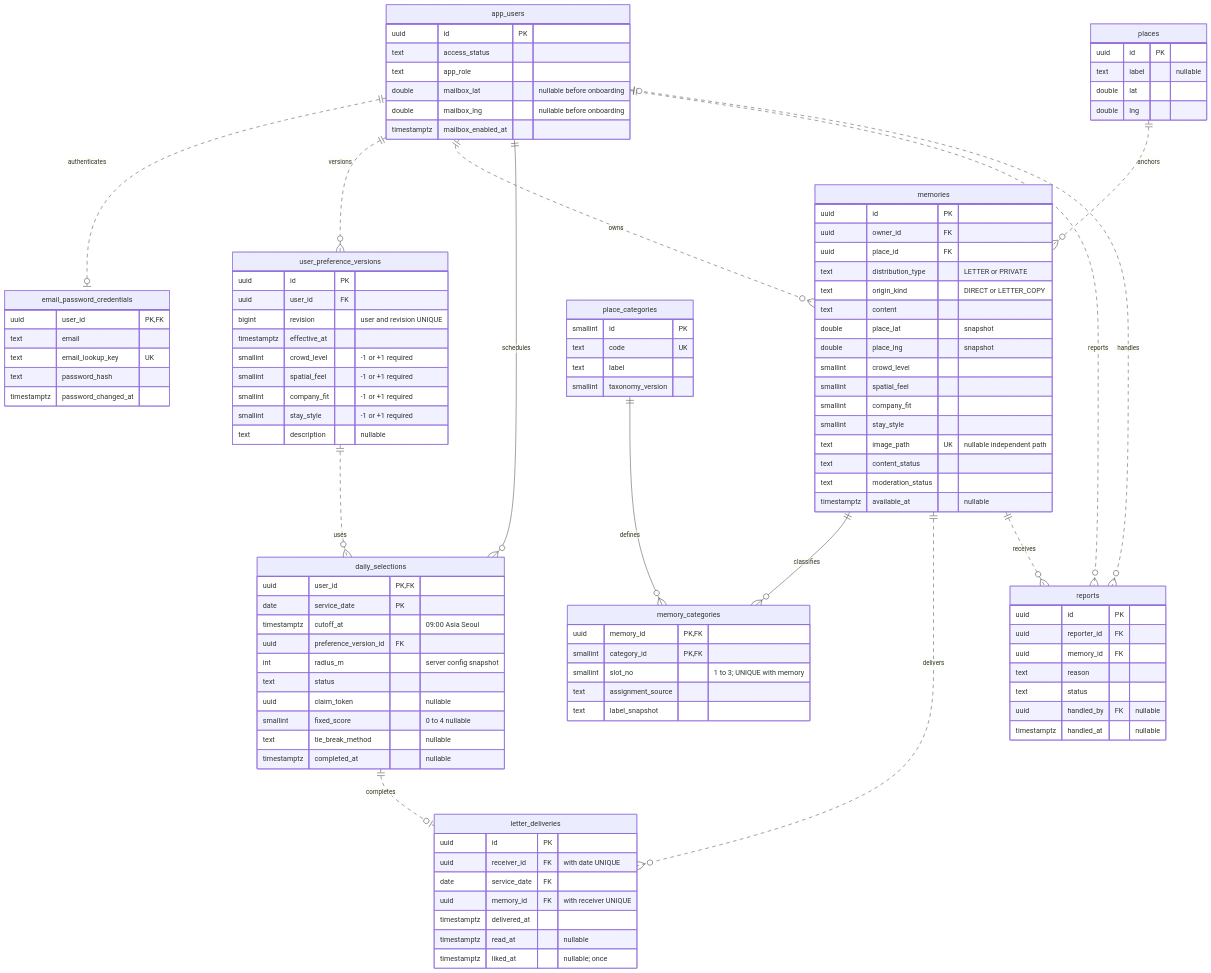
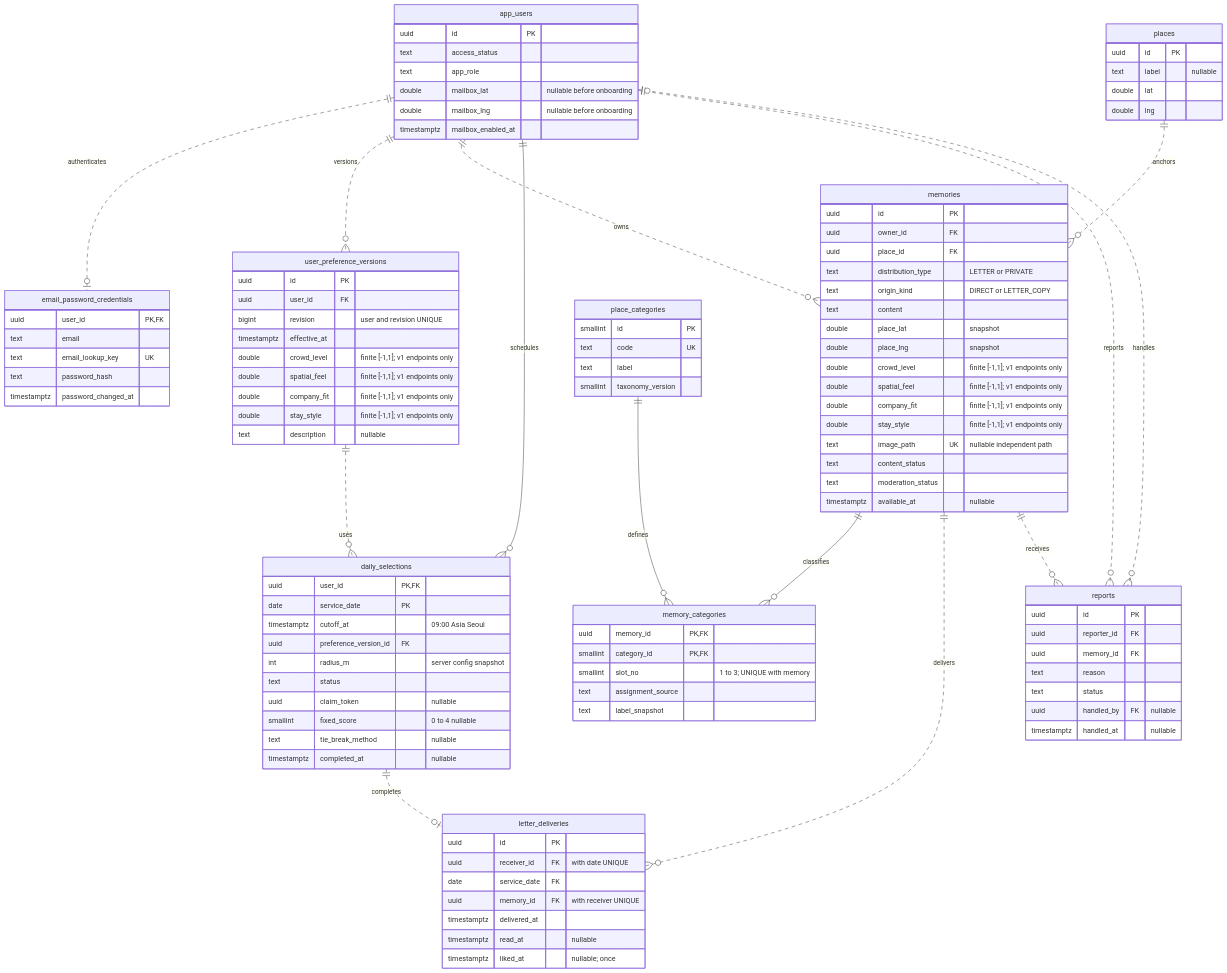
Before and after one commit to KOSSCCHTHON-Team4/Backend: the diagram in docs/ERD.md, drawn with Mermaid. The commit also changed other lines of this file and 45 other files, not shown here.

```diff
--- a/docs/ERD.md
+++ b/docs/ERD.md
@@ -100,10 +100,10 @@
         uuid user_id FK
         bigint revision "user and revision UNIQUE"
         timestamptz effective_at
-        smallint crowd_level "-1 or +1 required"
-        smallint spatial_feel "-1 or +1 required"
-        smallint company_fit "-1 or +1 required"
-        smallint stay_style "-1 or +1 required"
+        double crowd_level "finite [-1,1]; v1 endpoints only"
+        double spatial_feel "finite [-1,1]; v1 endpoints only"
+        double company_fit "finite [-1,1]; v1 endpoints only"
+        double stay_style "finite [-1,1]; v1 endpoints only"
         text description "nullable"
     }
     places {
@@ -121,10 +121,10 @@
         text content
         double place_lat "snapshot"
         double place_lng "snapshot"
-        smallint crowd_level
-        smallint spatial_feel
-        smallint company_fit
-        smallint stay_style
+        double crowd_level "finite [-1,1]; v1 endpoints only"
+        double spatial_feel "finite [-1,1]; v1 endpoints only"
+        double company_fit "finite [-1,1]; v1 endpoints only"
+        double stay_style "finite [-1,1]; v1 endpoints only"
         text image_path UK "nullable independent path"
         text content_status
         text moderation_status
```
